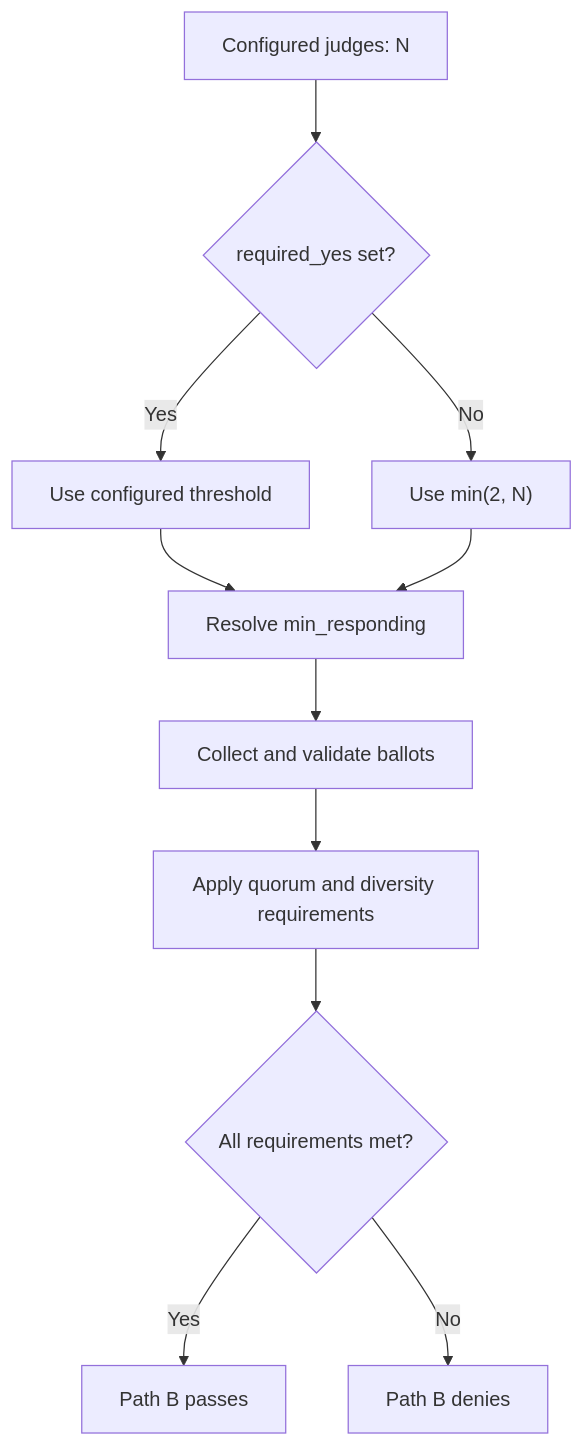
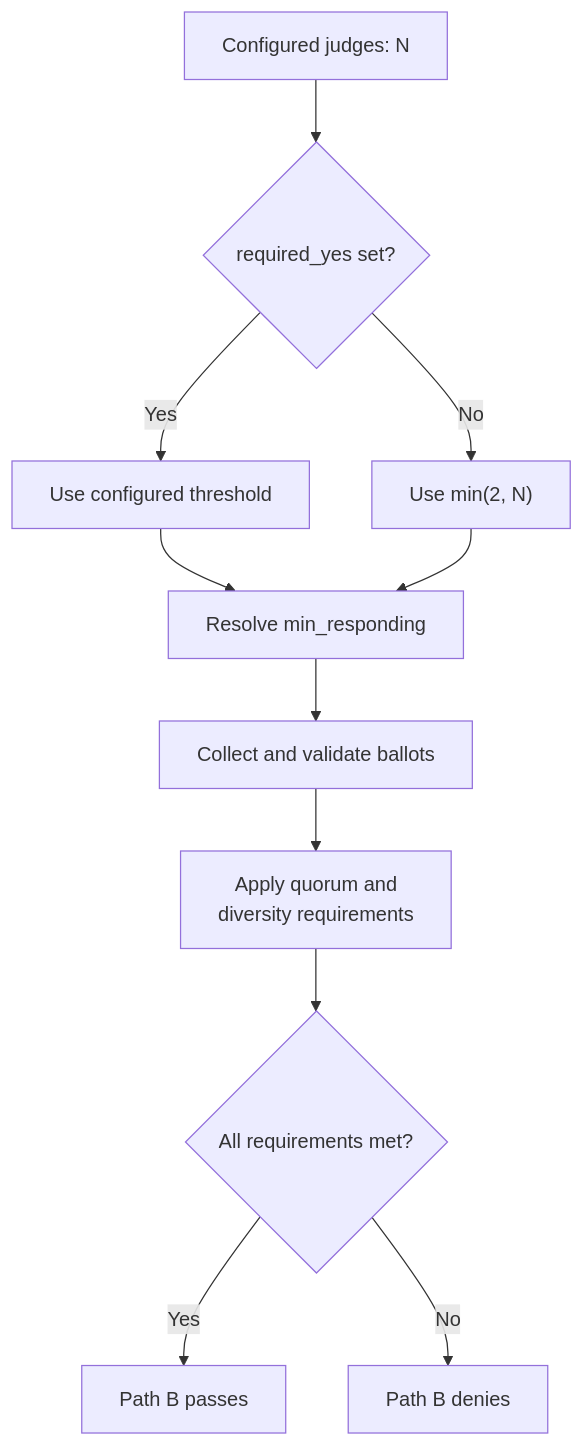
Before and after one commit to Insomniac-VibeLabs/two-key: the second of 3 diagrams in docs/JUDGES_AND_QUORUM.md, drawn with Mermaid. The commit also changed other lines of this file and 12 other files, not shown here.

First line of the commit message:
Redraw every diagram to one house style, checked by a test (#29)

````diff
--- a/docs/JUDGES_AND_QUORUM.md
+++ b/docs/JUDGES_AND_QUORUM.md
@@ -66,13 +66,13 @@
 ```mermaid
 flowchart TD
     A["Configured judges: N"] --> B{"required_yes set?"}
     B -->|Yes| C["Use configured threshold"]
     B -->|No| D["Use min(2, N)"]
     C --> E["Resolve min_responding"]
     D --> E
     E --> F["Collect and validate ballots"]
-    F --> G["Apply quorum and diversity requirements"]
+    F --> G["Apply quorum and<br/>diversity requirements"]
     G --> H{"All requirements met?"}
     H -->|Yes| I["Path B passes"]
     H -->|No| J["Path B denies"]
 ```
````
